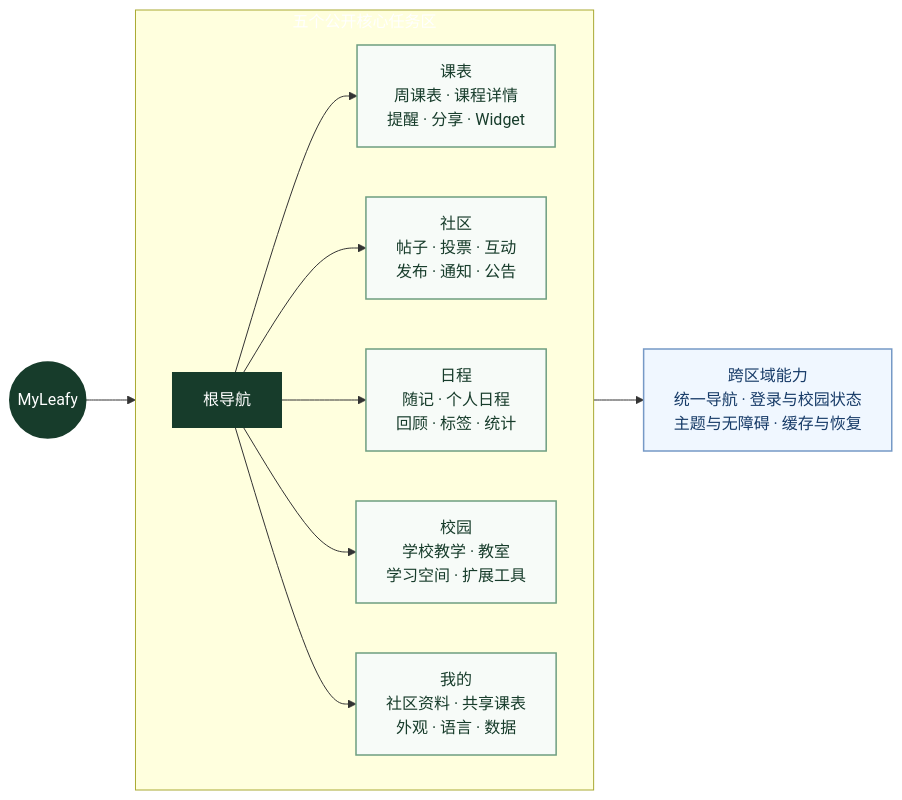
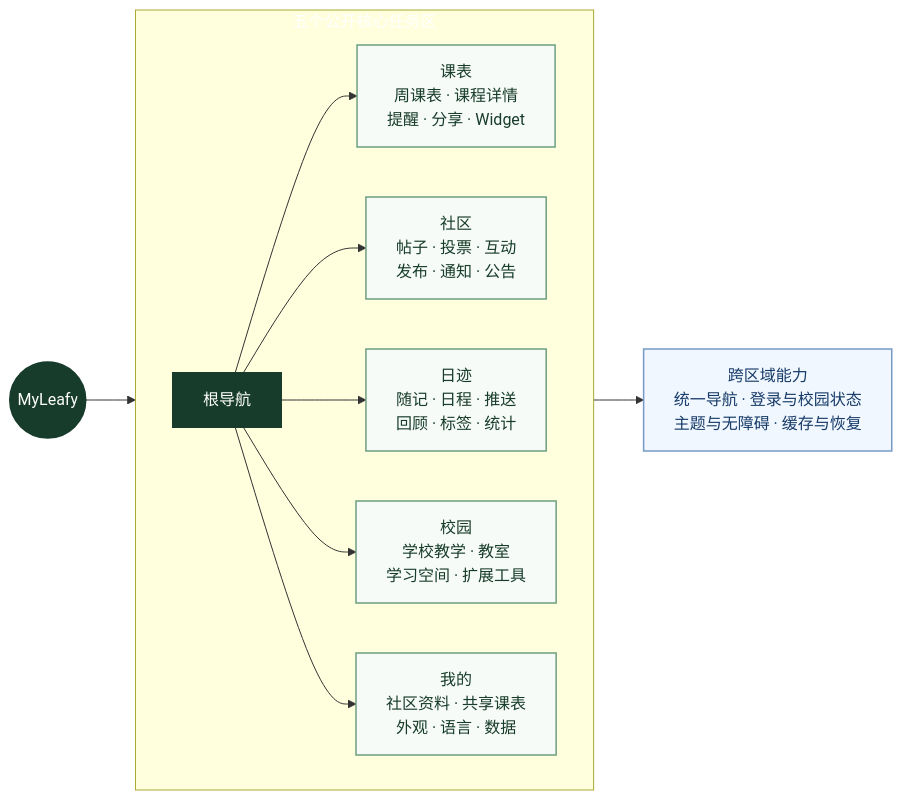
The diagram in docs/design/app-design.md (IsaacHuo/MyLeafy), drawn with Mermaid before and after one commit. The commit also changed other lines of this file and 17 other files, not shown here.

````diff
--- a/docs/design/app-design.md
+++ b/docs/design/app-design.md
@@ -34,22 +34,22 @@
 ```mermaid
 flowchart LR
     App(("MyLeafy")) --> Nav["根导航"]
 
     subgraph Tasks["五个公开核心任务区"]
         direction LR
         Nav --> Timetable["课表<br/>周课表 · 课程详情<br/>提醒 · 分享 · Widget"]
         Nav --> Community["社区<br/>帖子 · 投票 · 互动<br/>发布 · 通知 · 公告"]
-        Nav --> Schedule["日程<br/>随记 · 个人日程<br/>回顾 · 标签 · 统计"]
+        Nav --> Journal["日迹<br/>随记 · 日程 · 推送<br/>回顾 · 标签 · 统计"]
         Nav --> Campus["校园<br/>学校教学 · 教室<br/>学习空间 · 扩展工具"]
         Nav --> Profile["我的<br/>社区资料 · 共享课表<br/>外观 · 语言 · 数据"]
     end
 
     Nav --> Shared["跨区域能力<br/>统一导航 · 登录与校园状态<br/>主题与无障碍 · 缓存与恢复"]
 
     classDef root fill:#173C2B,stroke:#173C2B,color:#FFFFFF,stroke-width:2px;
     classDef area fill:#F7FBF8,stroke:#6E9E80,color:#173C2B,stroke-width:1.5px;
     classDef shared fill:#F0F7FF,stroke:#7699C6,color:#173B68,stroke-width:1.5px;
     class App,Nav root;
-    class Timetable,Community,Schedule,Campus,Profile area;
+    class Timetable,Community,Journal,Campus,Profile area;
     class Shared shared;
 ```
````
